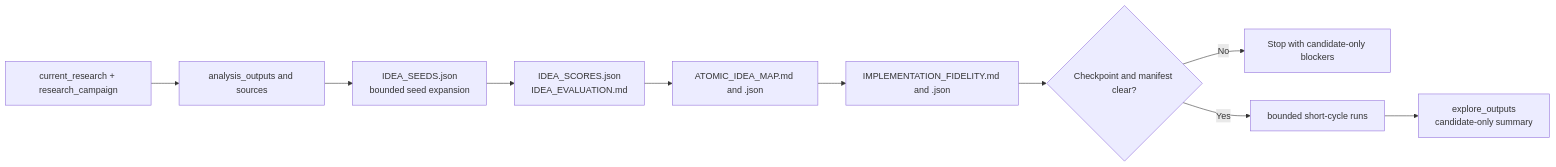
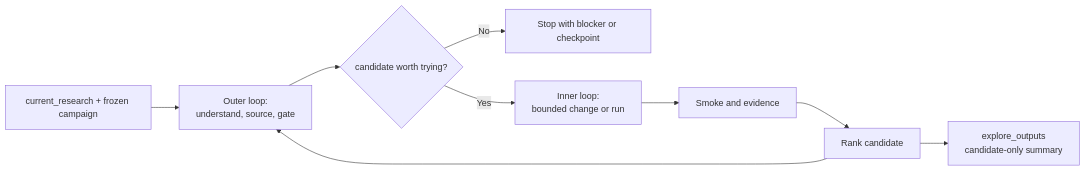
Before and after one commit to DevZonayed/nexalance-skill-lllllllama-rigorpilot-skills: the third of 3 diagrams in README.md, drawn with Mermaid. The commit also changed other lines of this file and 21 other files, not shown here.

````diff
--- a/README.md
+++ b/README.md
@@ -238,12 +268,11 @@
 ```mermaid
 flowchart LR
-    A[current_research + research_campaign] --> B[analysis_outputs and sources]
-    B --> C[IDEA_SEEDS.json<br/>bounded seed expansion]
-    C --> D[IDEA_SCORES.json<br/>IDEA_EVALUATION.md]
-    D --> E[ATOMIC_IDEA_MAP.md and .json]
-    E --> F[IMPLEMENTATION_FIDELITY.md and .json]
-    F --> G{Checkpoint and manifest clear?}
-    G -- No --> H[Stop with candidate-only blockers]
-    G -- Yes --> I[bounded short-cycle runs]
-    I --> J[explore_outputs<br/>candidate-only summary]
+    A[current_research + frozen campaign] --> B[Outer loop:<br/>understand, source, gate]
+    B --> C{candidate worth trying?}
+    C -- No --> D[Stop with blocker or checkpoint]
+    C -- Yes --> E[Inner loop:<br/>bounded change or run]
+    E --> F[Smoke and evidence]
+    F --> G[Rank candidate]
+    G --> B
+    G --> H[explore_outputs<br/>candidate-only summary]
 ```
````
